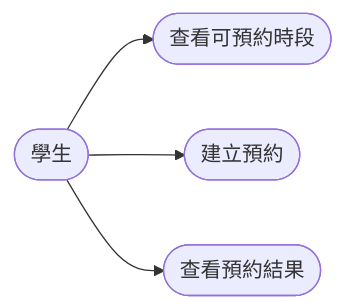
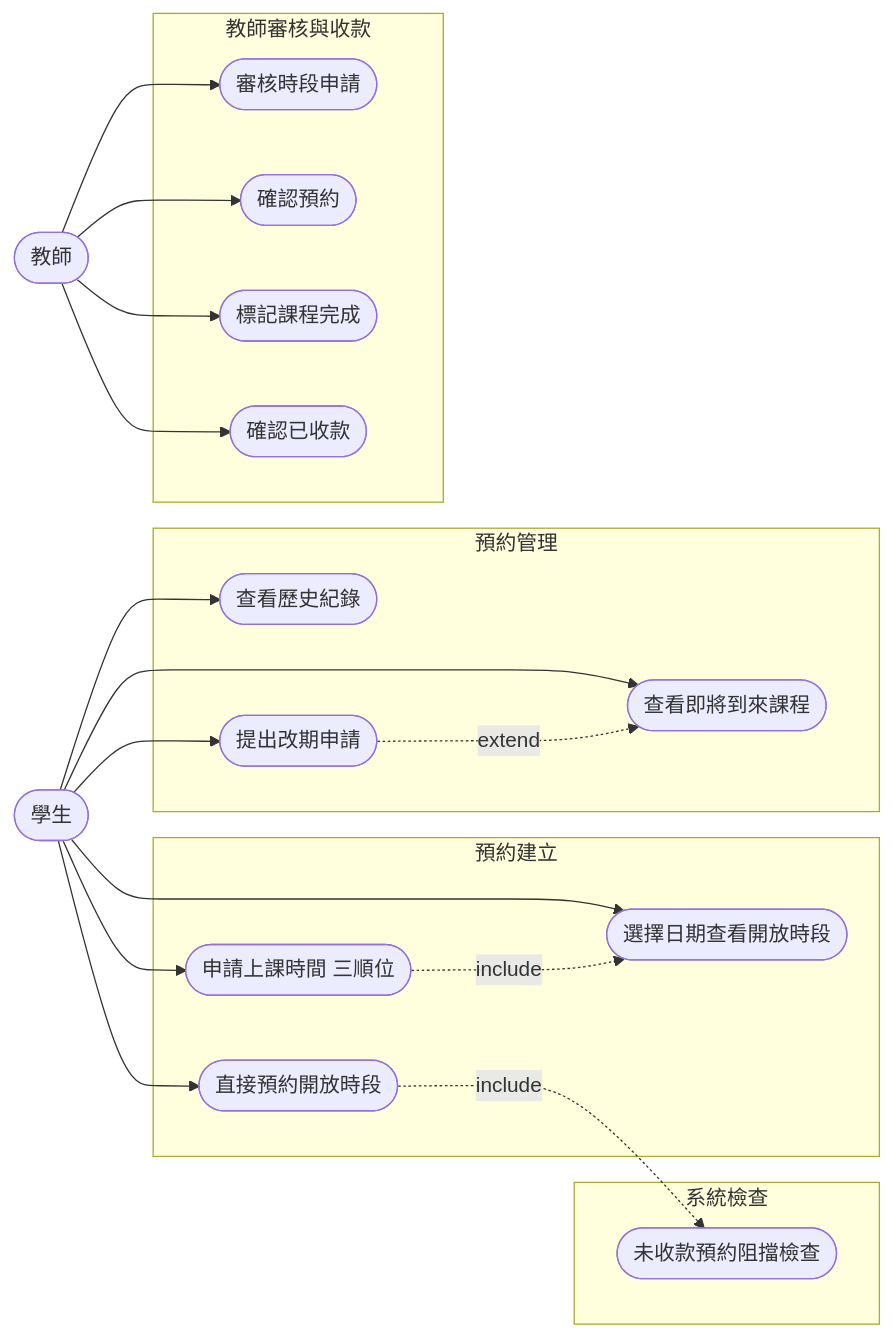
The seventh of 7 diagrams in docs/diagrams/04-student-booking.md (kentlin0919/time_carve_web), drawn with Mermaid before and after one commit. The commit also changed other lines of this file and 5 other files, not shown here.

````diff
--- a/docs/diagrams/04-student-booking.md
+++ b/docs/diagrams/04-student-booking.md
@@ -52,7 +251,44 @@
 ```mermaid
 flowchart LR
     Student([學生])
-    Student --> UC1(["查看可預約時段"])
-    Student --> UC2(["建立預約"])
-    Student --> UC3(["查看預約結果"])
+    Teacher([教師])
+
+    subgraph 預約建立
+        UC1(["選擇日期查看開放時段"])
+        UC2(["直接預約開放時段"])
+        UC3(["申請上課時間 三順位"])
+    end
+
+    subgraph 預約管理
+        UC4(["查看即將到來課程"])
+        UC5(["查看歷史紀錄"])
+        UC6(["提出改期申請"])
+    end
+
+    subgraph 教師審核與收款
+        UC7(["審核時段申請"])
+        UC8(["確認預約"])
+        UC9(["標記課程完成"])
+        UC10(["確認已收款"])
+    end
+
+    subgraph 系統檢查
+        UC11(["未收款預約阻擋檢查"])
+    end
+
+    Student --> UC1
+    Student --> UC2
+    Student --> UC3
+    Student --> UC4
+    Student --> UC5
+    Student --> UC6
+
+    Teacher --> UC7
+    Teacher --> UC8
+    Teacher --> UC9
+    Teacher --> UC10
+
+    UC2 -.->|include| UC11
+    UC3 -.->|include| UC1
+    UC6 -.->|extend| UC4
 ```
````
